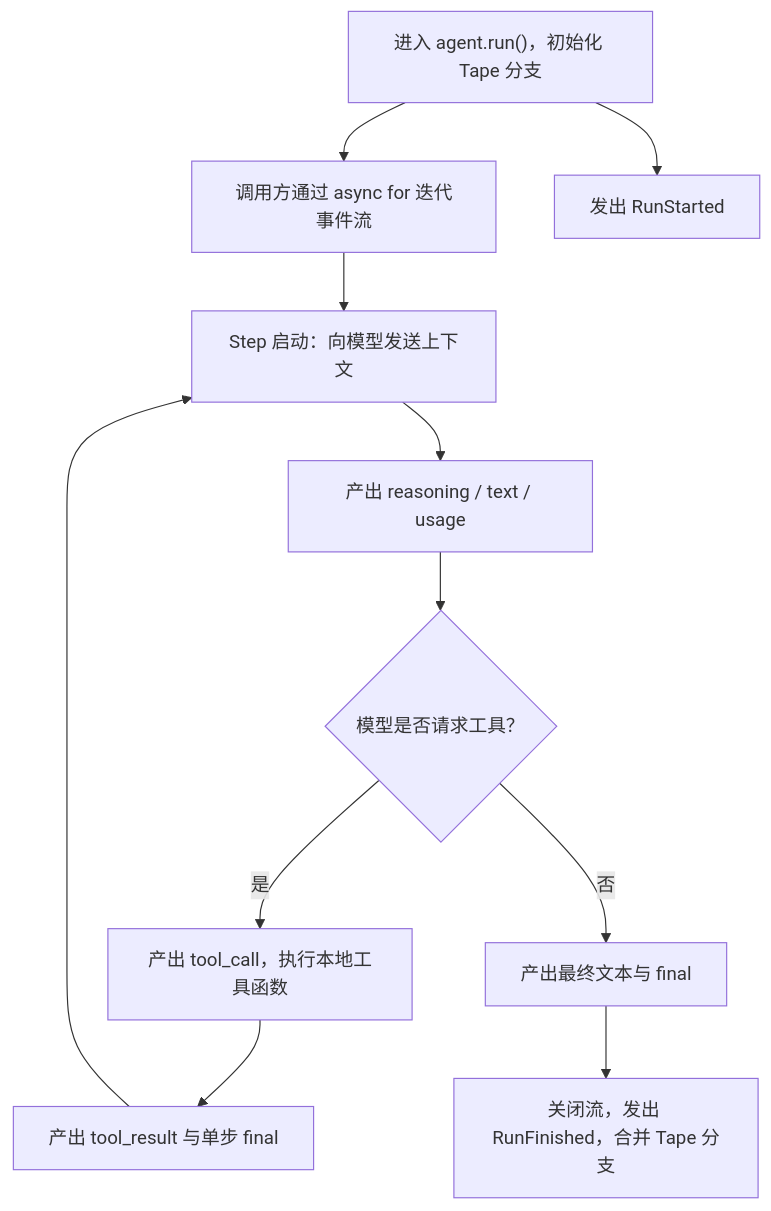
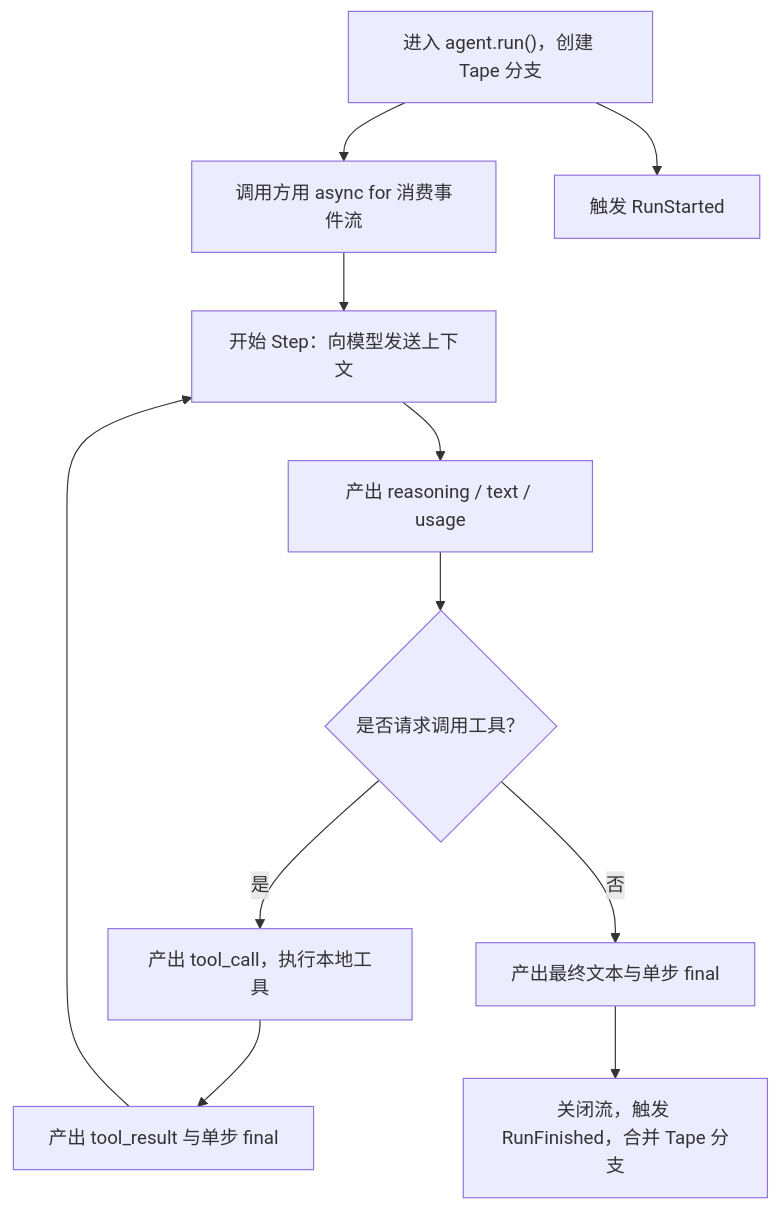
The diagram in website/src/content/docs/zh-cn/docs/sdk/index.md (bubbuild/bub), drawn with Mermaid before and after one commit. The commit also changed other lines of this file and 74 other files, not shown here.

````diff
--- a/website/src/content/docs/zh-cn/docs/sdk/index.md
+++ b/website/src/content/docs/zh-cn/docs/sdk/index.md
@@ -38,13 +40,13 @@
 ```mermaid
 flowchart TD
-    Start["进入 agent.run()，初始化 Tape 分支"] --> Consume["调用方通过 async for 迭代事件流"]
-    Start --> RunStarted["发出 RunStarted"]
-    Consume --> Step["Step 启动：向模型发送上下文"]
+    Start["进入 agent.run()，创建 Tape 分支"] --> Consume["调用方用 async for 消费事件流"]
+    Start --> RunStarted["触发 RunStarted"]
+    Consume --> Step["开始 Step：向模型发送上下文"]
     Step --> Output["产出 reasoning / text / usage"]
-    Output --> Decision{"模型是否请求工具？"}
-    Decision -->|"是"| Call["产出 tool_call，执行本地工具函数"]
+    Output --> Decision{"是否请求调用工具？"}
+    Decision -->|"是"| Call["产出 tool_call，执行本地工具"]
     Call --> Result["产出 tool_result 与单步 final"]
     Result --> Step
-    Decision -->|"否"| Final["产出最终文本与 final"]
-    Final --> Close["关闭流，发出 RunFinished，合并 Tape 分支"]
+    Decision -->|"否"| Final["产出最终文本与单步 final"]
+    Final --> Close["关闭流，触发 RunFinished，合并 Tape 分支"]
 ```
````
